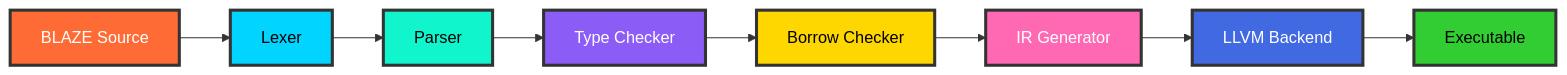
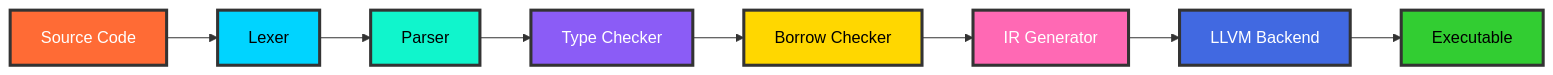
One commit to BLACK0X80/BLAZE changed the diagram in README.md. Above: the diagram before and after it, drawn with Mermaid. The commit also changed other lines of this file, not shown here.

````diff
--- a/README.md
+++ b/README.md
@@ -893,19 +831,19 @@
 ```mermaid
 graph LR
-    A[BLAZE Source] --> B[Lexer]
+    A[Source Code] --> B[Lexer]
     B --> C[Parser]
     C --> D[Type Checker]
     D --> E[Borrow Checker]
     E --> F[IR Generator]
     F --> G[LLVM Backend]
     G --> H[Executable]
 
     style A fill:#FF6B35,stroke:#333,stroke-width:3px,color:#fff
     style B fill:#00D4FF,stroke:#333,stroke-width:3px,color:#000
     style C fill:#10F5CC,stroke:#333,stroke-width:3px,color:#000
     style D fill:#8B5CF6,stroke:#333,stroke-width:3px,color:#fff
     style E fill:#FFD700,stroke:#333,stroke-width:3px,color:#000
     style F fill:#FF69B4,stroke:#333,stroke-width:3px,color:#fff
     style G fill:#4169E1,stroke:#333,stroke-width:3px,color:#fff
     style H fill:#32CD32,stroke:#333,stroke-width:3px,color:#000
 ```
````
